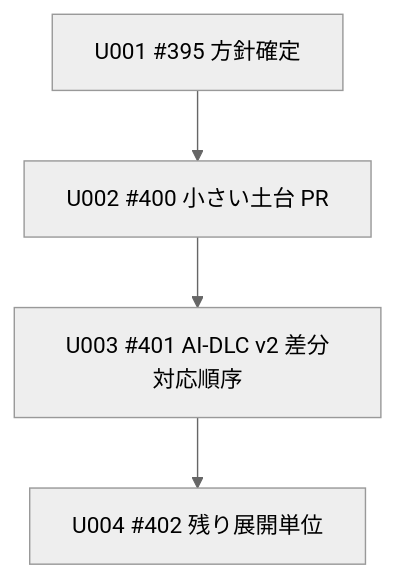
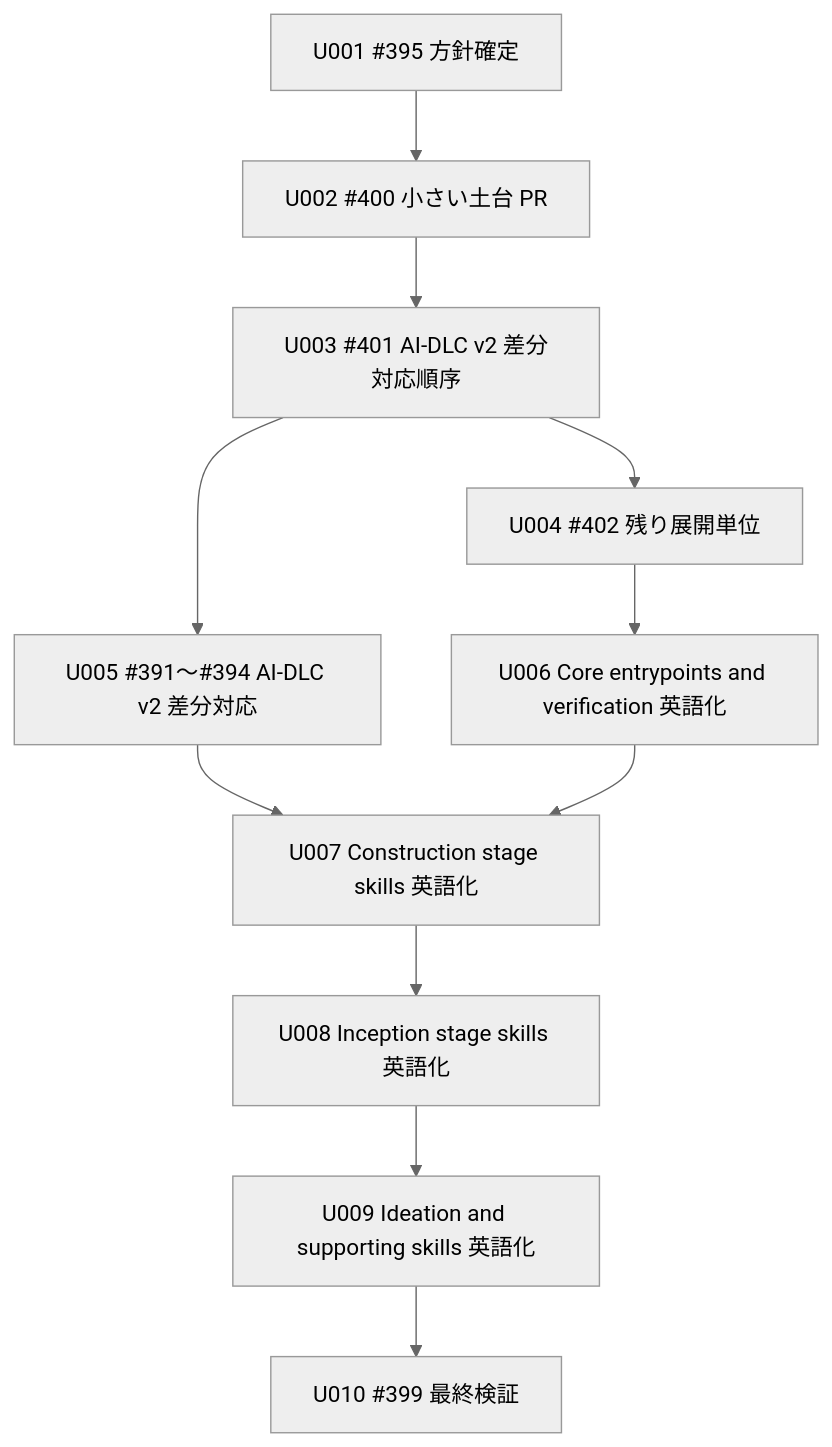
Before and after one commit to amadeus-dlc/amadeus: the diagram in aidlc/spaces/default/intents/260703-amadeus-skill-english-rollout-plan/inception/units-generation/unit-of-work-dependency.md, drawn with Mermaid (neutral theme). The commit also changed other lines of this file and 30 other files, not shown here.

````diff
--- a/aidlc/spaces/default/intents/260703-amadeus-skill-english-rollout-plan/inception/units-generation/unit-of-work-dependency.md
+++ b/aidlc/spaces/default/intents/260703-amadeus-skill-english-rollout-plan/inception/units-generation/unit-of-work-dependency.md
@@ -21,11 +27,24 @@
 ```mermaid
 flowchart TD
   u001["U001 #395 方針確定"]
   u002["U002 #400 小さい土台 PR"]
   u003["U003 #401 AI-DLC v2 差分対応順序"]
   u004["U004 #402 残り展開単位"]
+  u005["U005 #391〜#394 AI-DLC v2 差分対応"]
+  u006["U006 Core entrypoints and verification 英語化"]
+  u007["U007 Construction stage skills 英語化"]
+  u008["U008 Inception stage skills 英語化"]
+  u009["U009 Ideation and supporting skills 英語化"]
+  u010["U010 #399 最終検証"]
 
   u001 --> u002
   u002 --> u003
   u003 --> u004
+  u003 --> u005
+  u004 --> u006
+  u005 --> u007
+  u006 --> u007
+  u007 --> u008
+  u008 --> u009
+  u009 --> u010
 ```
````
